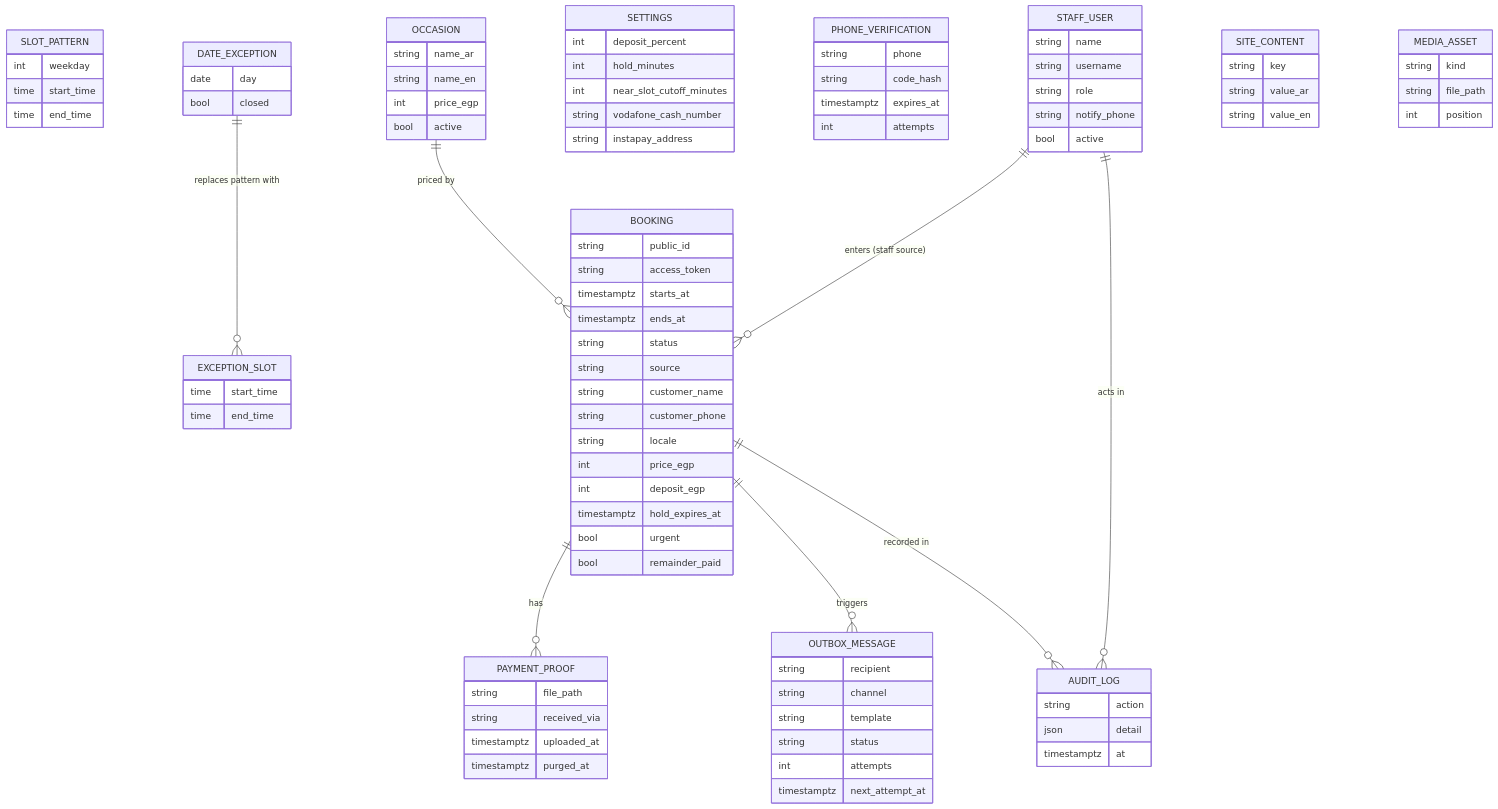
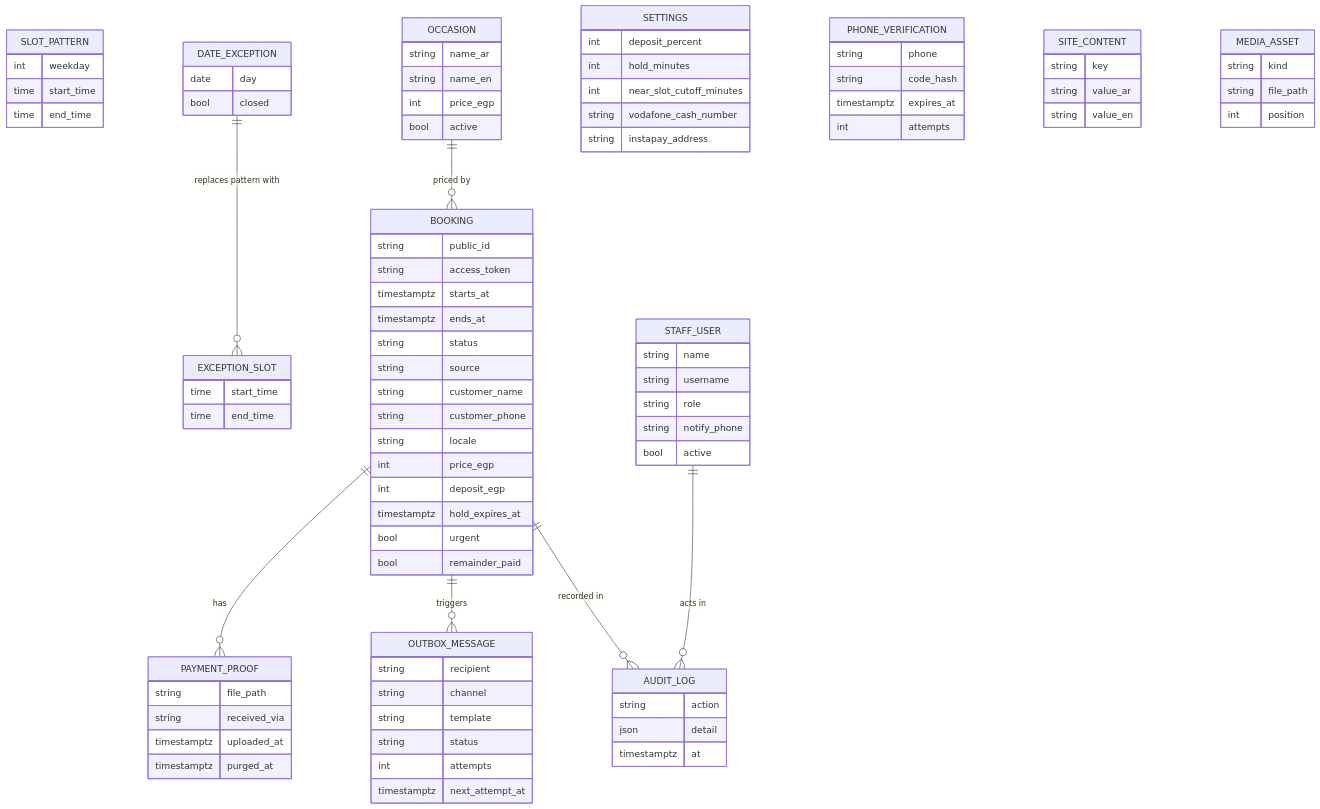
One commit to ZamzamMasjid/wesal changed the first of 2 diagrams in docs/architecture/data-model.md. Above: the diagram before and after it, drawn with Mermaid. The commit also changed other lines of this file and 15 other files, not shown here.

First line of the commit message:
docs: reconcile the architecture with the WhatSend provider:

````diff
--- a/docs/architecture/data-model.md
+++ b/docs/architecture/data-model.md
@@ -112,5 +112,4 @@
   BOOKING ||--o{ OUTBOX_MESSAGE : "triggers"
   BOOKING ||--o{ AUDIT_LOG : "recorded in"
   STAFF_USER ||--o{ AUDIT_LOG : "acts in"
-  STAFF_USER ||--o{ BOOKING : "enters (staff source)"
 ```
````
